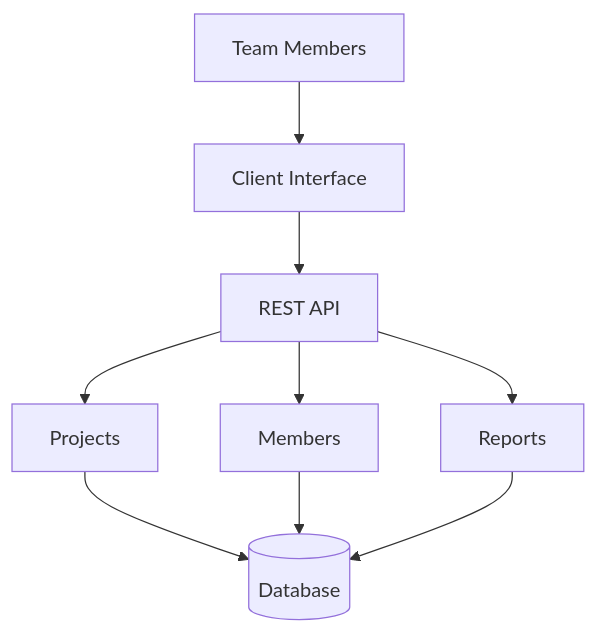
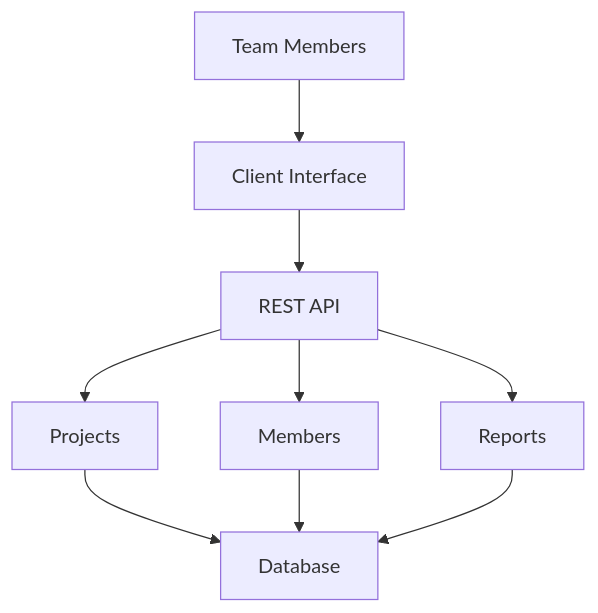
One commit to ali-dev26/teamflow-workspace changed the diagram in workspace-architecture.md. Above: the diagram before and after it, drawn with Mermaid.

Commit message:
workspace-architecture.md

````diff
--- a/workspace-architecture.md
+++ b/workspace-architecture.md
@@ -3,11 +3,11 @@
 ```mermaid
 flowchart TD
-    A["Team Members"] --> B["Client Interface"]
-    B --> C["REST API"]
-    C --> D["Projects"]
-    C --> E["Members"]
-    C --> F["Reports"]
-    D --> G[("Database")]
+    A[Team Members] --> B[Client Interface]
+    B --> C[REST API]
+    C --> D[Projects]
+    C --> E[Members]
+    C --> F[Reports]
+    D --> G[Database]
     E --> G
     F --> G
 ```
````
